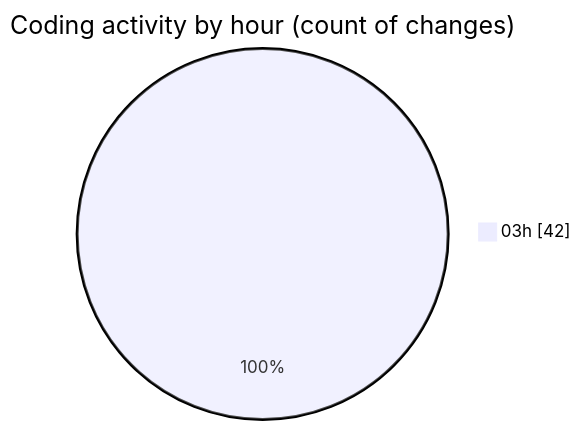
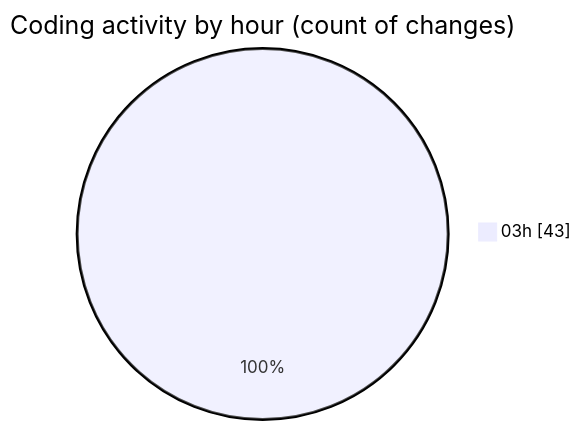
The second of 2 diagrams in 2025-05-03/realtimecollaborativeapp/README.md (Ritupan-Deka/code-tracking), drawn with Mermaid before and after one commit. The commit also changed other lines of this file and 1 other file, not shown here.

````diff
--- a/2025-05-03/realtimecollaborativeapp/README.md
+++ b/2025-05-03/realtimecollaborativeapp/README.md
@@ -28,5 +28,5 @@
 ```mermaid
 pie showData
 title Coding activity by hour (count of changes)
-"03h" : 42
+"03h" : 43
 ```
````
